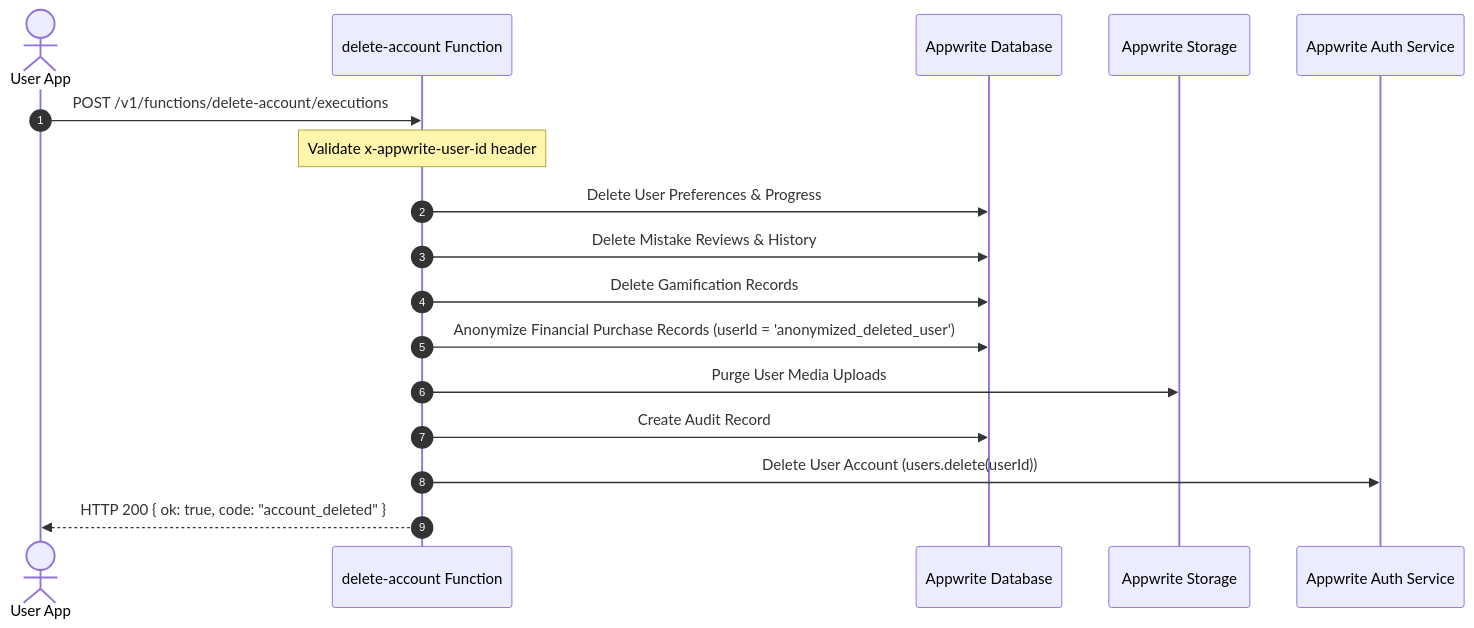
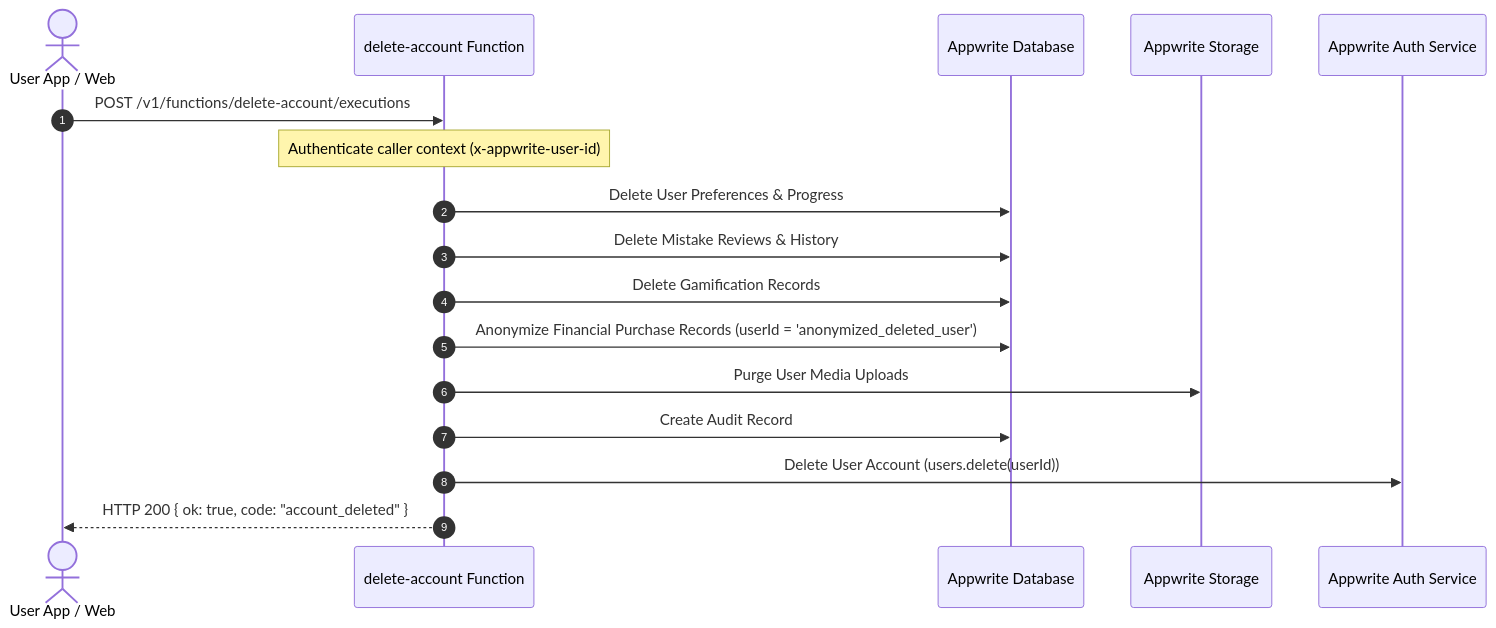
Before and after one commit to Kh3rwa1/olitunapp: the diagram in docs/ACCOUNT_DELETION.md, drawn with Mermaid. The commit also changed other lines of this file, not shown here.

Commit message:
docs: update account deletion policy with public instructions and web deletion link

````diff
--- a/docs/ACCOUNT_DELETION.md
+++ b/docs/ACCOUNT_DELETION.md
@@ -9,20 +51,20 @@
 ```mermaid
 sequenceDiagram
     autonumber
-    actor User as User App
+    actor User as User App / Web
     participant Func as delete-account Function
     participant DB as Appwrite Database
     participant Storage as Appwrite Storage
     participant Auth as Appwrite Auth Service
 
     User->>Func: POST /v1/functions/delete-account/executions
-    Note over Func: Validate x-appwrite-user-id header
+    Note over Func: Authenticate caller context (x-appwrite-user-id)
     Func->>DB: Delete User Preferences & Progress
     Func->>DB: Delete Mistake Reviews & History
     Func->>DB: Delete Gamification Records
     Func->>DB: Anonymize Financial Purchase Records (userId = 'anonymized_deleted_user')
     Func->>Storage: Purge User Media Uploads
     Func->>DB: Create Audit Record
     Func->>Auth: Delete User Account (users.delete(userId))
     Func-->>User: HTTP 200 { ok: true, code: "account_deleted" }
 ```
````
